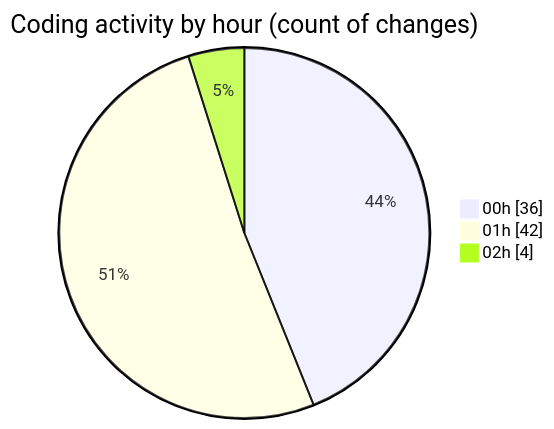
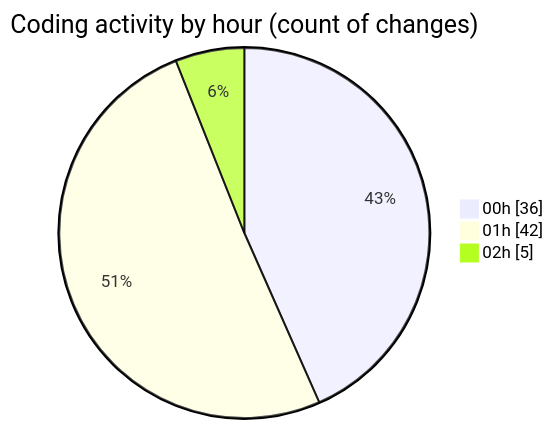
One commit to Ritupan-Deka/code-tracking changed the second of 2 diagrams in 2025-05-04/houserentalservice/README.md. Above: the diagram before and after it, drawn with Mermaid. The commit also changed other lines of this file and 1 other file, not shown here.

````diff
--- a/2025-05-04/houserentalservice/README.md
+++ b/2025-05-04/houserentalservice/README.md
@@ -64,7 +64,7 @@
 ```mermaid
 pie showData
 title Coding activity by hour (count of changes)
 "00h" : 36
 "01h" : 42
-"02h" : 4
+"02h" : 5
 ```
````
